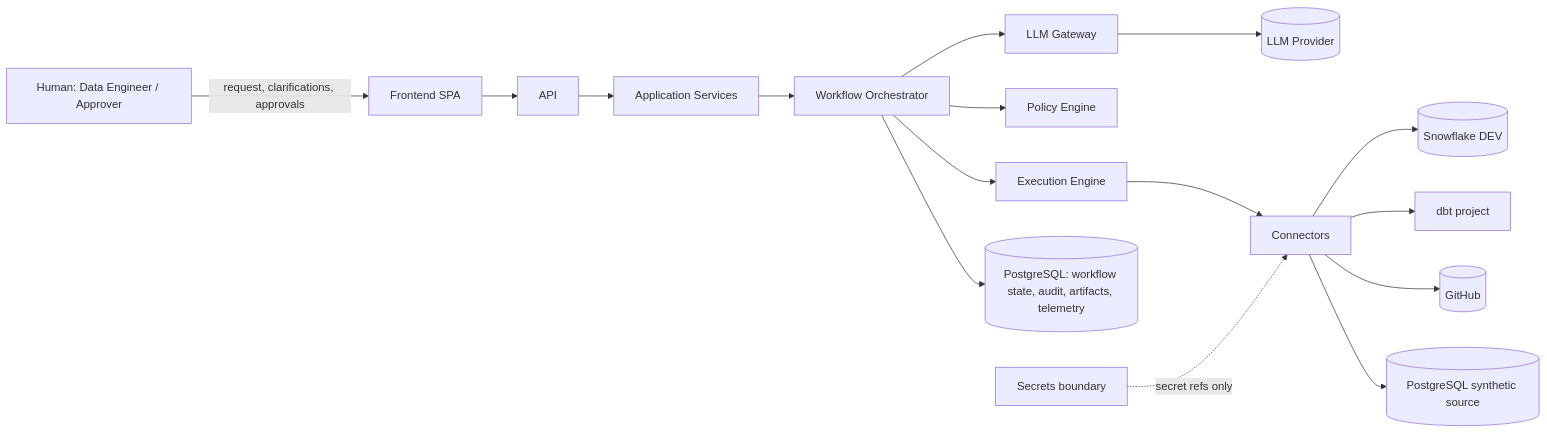
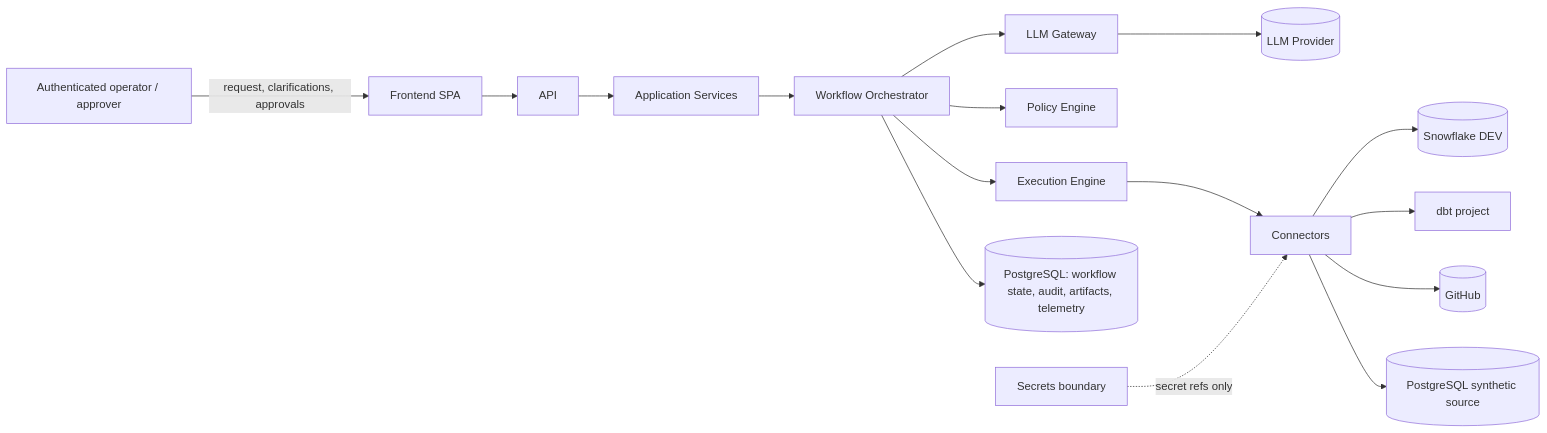
The diagram in docs/ARCHITECTURE.md (Fejjii/AIDataEngineer), drawn with Mermaid before and after one commit. The commit also changed other lines of this file and 33 other files, not shown here.

Commit message:
docs: harden DE 001 architecture contracts

````diff
--- a/docs/ARCHITECTURE.md
+++ b/docs/ARCHITECTURE.md
@@ -42,18 +42,18 @@
 ```mermaid
 flowchart LR
-    Human[Human: Data Engineer / Approver] -->|request, clarifications, approvals| UI[Frontend SPA]
+    Human[Authenticated operator / approver] -->|request, clarifications, approvals| UI[Frontend SPA]
     UI --> API[API]
     API --> APP[Application Services]
     APP --> ORCH[Workflow Orchestrator]
     ORCH --> LLM[LLM Gateway]
     LLM --> Provider[(LLM Provider)]
     ORCH --> POL[Policy Engine]
     ORCH --> EXEC[Execution Engine]
     EXEC --> CONN[Connectors]
     CONN --> SF[(Snowflake DEV)]
     CONN --> DBT[dbt project]
     CONN --> GH[(GitHub)]
     CONN --> PG[(PostgreSQL synthetic source)]
     ORCH --> DB[(PostgreSQL: workflow state, audit, artifacts, telemetry)]
     SEC[Secrets boundary] -.->|secret refs only| CONN
 ```
````
